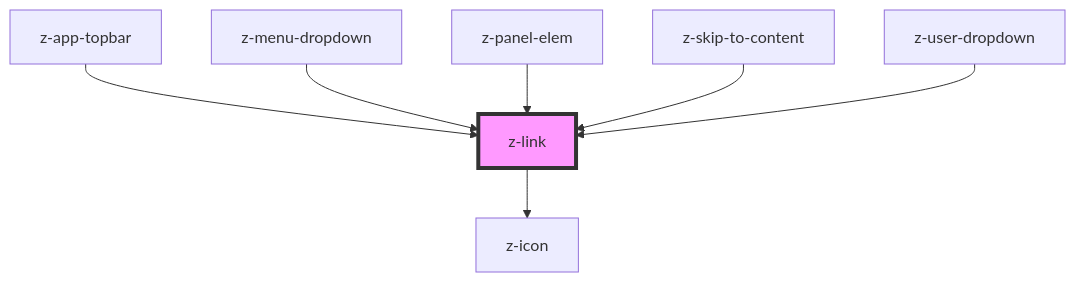
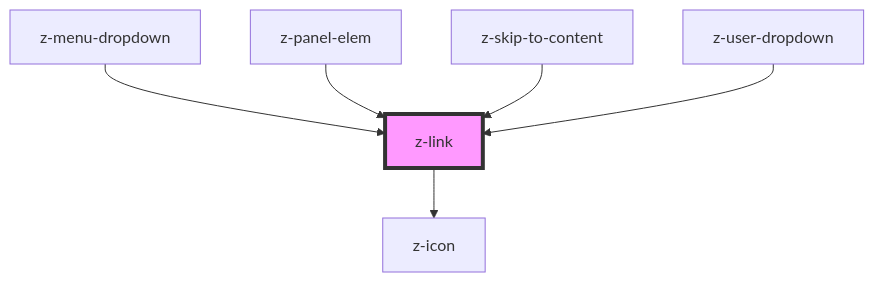
Before and after one commit to ZanichelliEditore/design-system: the diagram in src/components/navigation/z-link/readme.md, drawn with Mermaid. The commit also changed other lines of this file and 9 other files, not shown here.

````diff
--- a/src/components/navigation/z-link/readme.md
+++ b/src/components/navigation/z-link/readme.md
@@ -63,10 +62,9 @@
 ```mermaid
 graph TD;
   z-link --> z-icon
-  z-app-topbar --> z-link
   z-menu-dropdown --> z-link
   z-panel-elem --> z-link
   z-skip-to-content --> z-link
   z-user-dropdown --> z-link
   style z-link fill:#f9f,stroke:#333,stroke-width:4px
 ```
````
